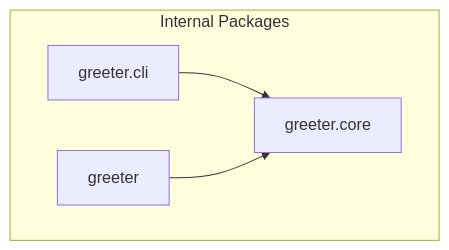
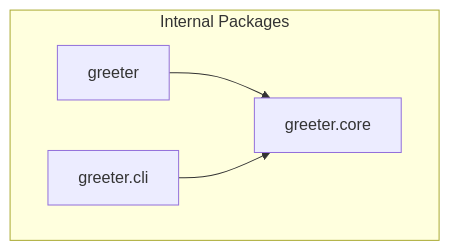
The diagram in examples/outputs/DEPENDENCY_GRAPH.md (0langa/context-crafter-mcp), drawn with Mermaid before and after one commit. The commit also changed other lines of this file and 12 other files, not shown here.

````diff
--- a/examples/outputs/DEPENDENCY_GRAPH.md
+++ b/examples/outputs/DEPENDENCY_GRAPH.md
@@ -13,10 +13,10 @@
 ```mermaid
 graph TD
     subgraph Internal_Packages[Internal Packages]
         greeter["greeter"]
         greeter_cli["greeter.cli"]
         greeter_core["greeter.core"]
     end
+    greeter --> greeter_core
     greeter_cli --> greeter_core
-    greeter --> greeter_core
 ```
````
